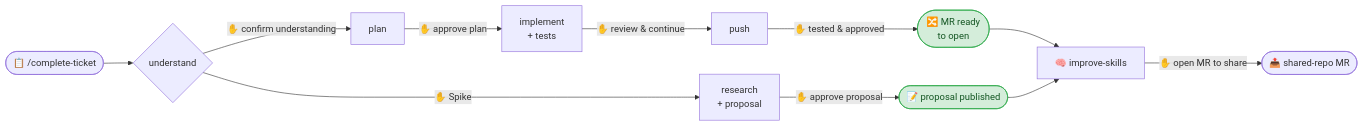
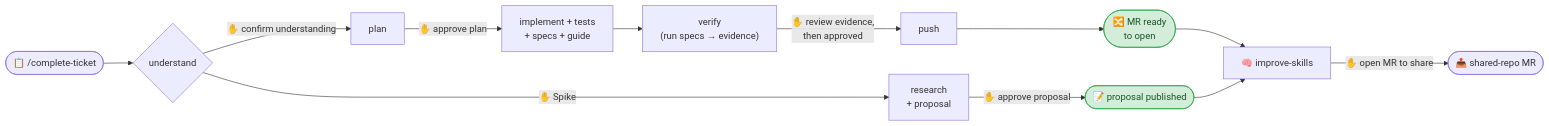
Before and after one commit to petryadriano/claude-code-ticket-workflow: the first of 4 diagrams in docs/ticket-workflow.md, drawn with Mermaid. The commit also changed other lines of this file and 2 other files, not shown here.

First line of the commit message:
Document the Superpowers substrate and automated-verification flow

````diff
--- a/docs/ticket-workflow.md
+++ b/docs/ticket-workflow.md
@@ -25,16 +25,17 @@
 ```mermaid
 flowchart LR
     CT([📋 /complete-ticket]) --> U{understand}
     U -->|✋ confirm understanding| P[plan]
-    P -->|✋ approve plan| I["implement<br/>+ tests"]
-    I -->|✋ review & continue| PU[push]
-    PU -->|✋ tested & approved| MR([🔀 MR ready<br/>to open])
+    P -->|✋ approve plan| I["implement + tests<br/>+ specs + guide"]
+    I --> V["verify<br/>(run specs → evidence)"]
+    V -->|✋ review evidence,<br/>then approved| PU[push]
+    PU --> MR([🔀 MR ready<br/>to open])
     U -->|✋ Spike| SR["research<br/>+ proposal"]
     SR -->|✋ approve proposal| PUB([📝 proposal published])
     MR --> IM[🧠 improve-skills]
     PUB --> IM
     IM -->|✋ open MR to share| STD([📤 shared-repo MR])
 
     classDef done fill:#d4edda,stroke:#28a745,color:#155724;
     class MR,PUB done;
 ```
````
